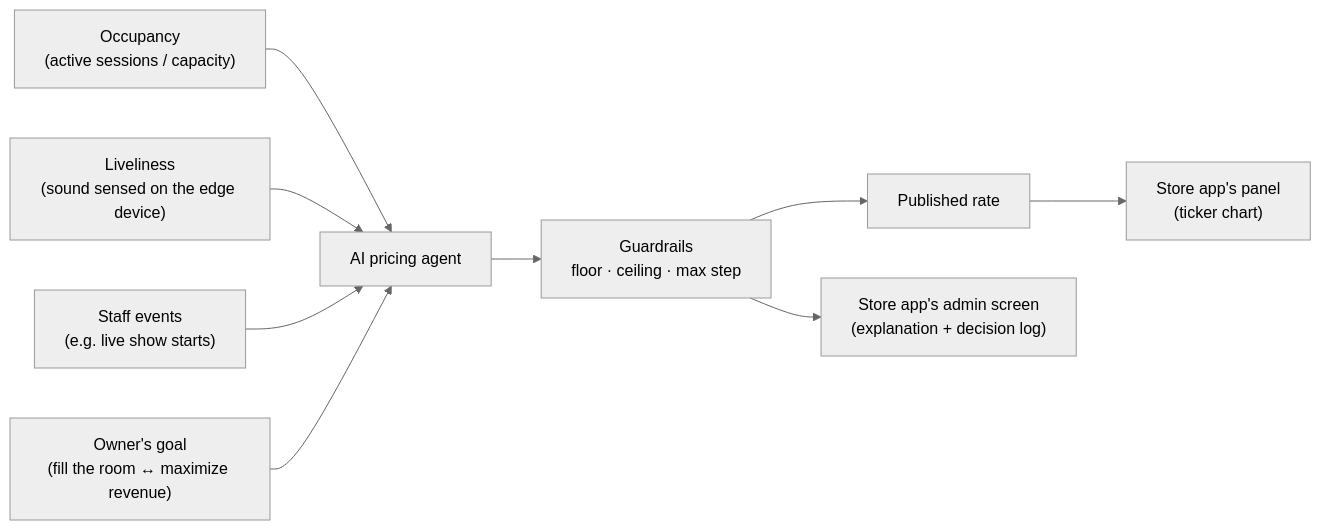
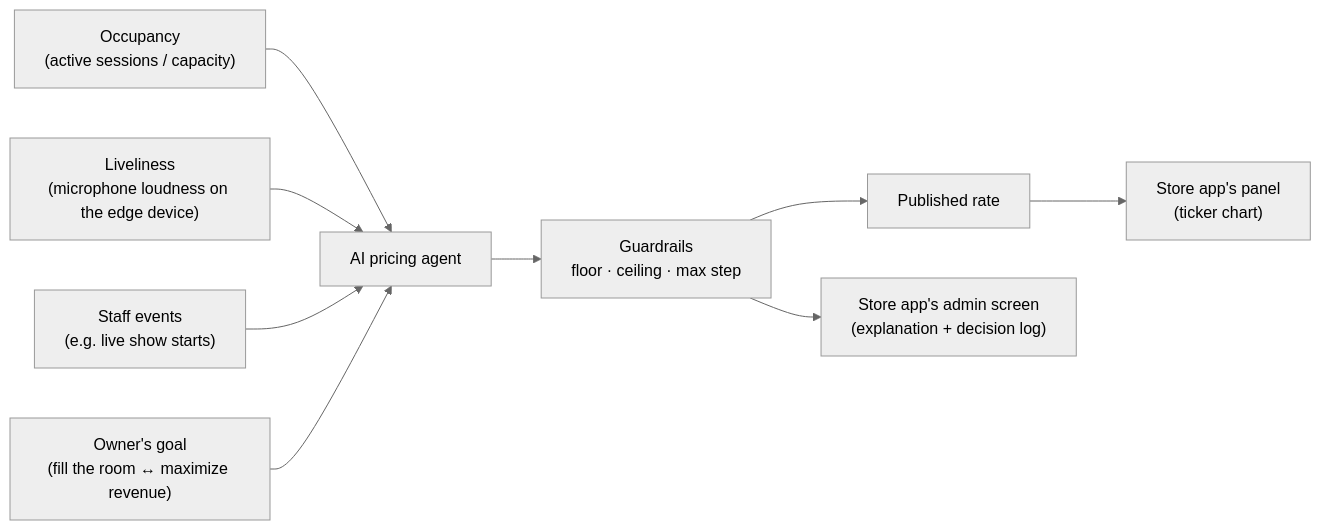
The second of 4 diagrams in docs/PRD.md (sumiredc/barpay), drawn with Mermaid (neutral theme) before and after one commit. The commit also changed other lines of this file and 2 other files, not shown here.

First line of the commit message:
Settle the real edge device's indicator, reader, lock and liveliness in the PRD

````diff
--- a/docs/PRD.md
+++ b/docs/PRD.md
@@ -95,11 +95,11 @@
 ```mermaid
 flowchart LR
   S1["Occupancy<br/>(active sessions / capacity)"] --> AI
-  S2["Liveliness<br/>(sound sensed on the edge device)"] --> AI
+  S2["Liveliness<br/>(microphone loudness on the edge device)"] --> AI
   S4["Staff events<br/>(e.g. live show starts)"] --> AI
   Goal["Owner's goal<br/>(fill the room ↔ maximize revenue)"] --> AI
   AI["AI pricing agent"] --> G["Guardrails<br/>floor · ceiling · max step"]
   G --> P["Published rate"]
   P --> C["Store app's panel<br/>(ticker chart)"]
   G --> D["Store app's admin screen<br/>(explanation + decision log)"]
 ```
````
